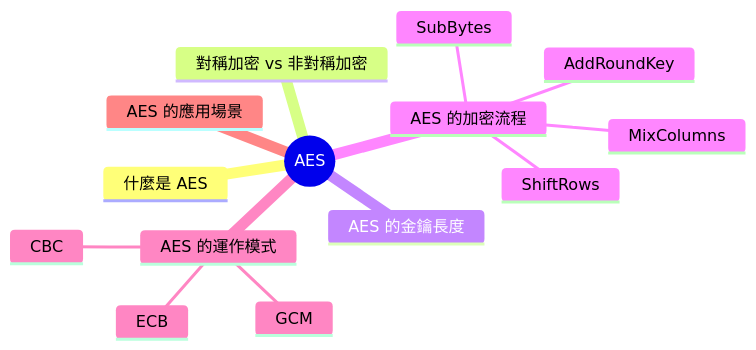
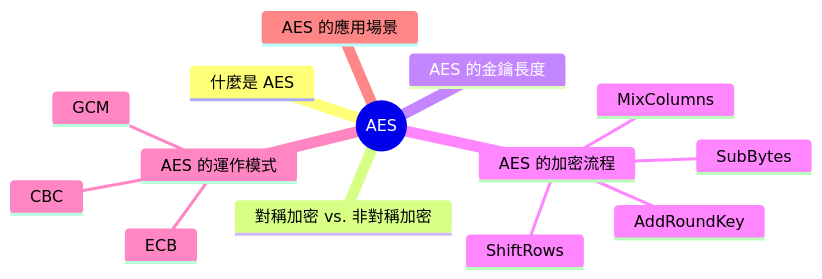
The first of 4 diagrams in src/posts/zh-TW/network-aes.mdx (Charmying/blog), drawn with Mermaid before and after one commit. The commit also changed other lines of this file and 40 other files, not shown here.

````diff
--- a/src/posts/zh-TW/network-aes.mdx
+++ b/src/posts/zh-TW/network-aes.mdx
@@ -12,17 +12,17 @@
 ```mermaid
 mindmap
     root((AES))
         什麼是 AES
-        對稱加密 vs 非對稱加密
+        對稱加密 vs. 非對稱加密
         AES 的金鑰長度
         AES 的加密流程
             SubBytes
             ShiftRows
             MixColumns
             AddRoundKey
         AES 的運作模式
             ECB
             CBC
             GCM
         AES 的應用場景
 ```
````
